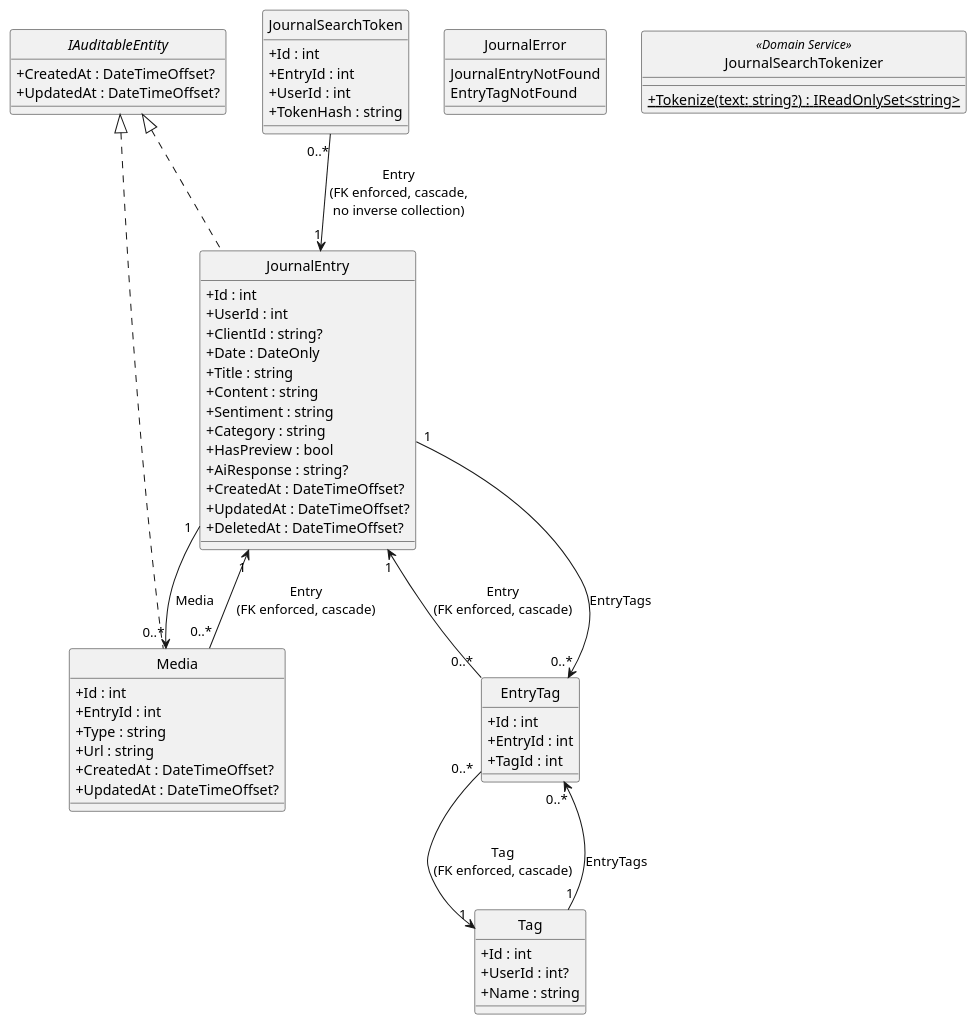
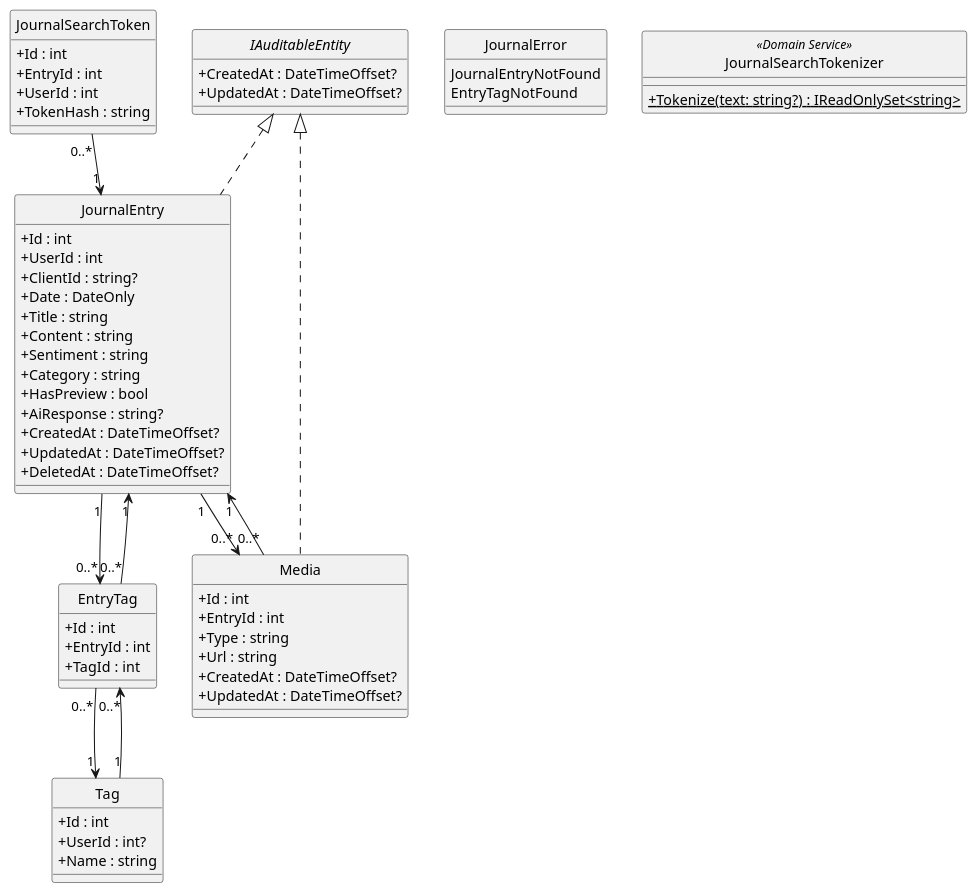
One commit to upc-pre-202620-1acc0238-4950-CogniTech/mindflow-report changed the diagram in assets/diagrams/bounded-context-journal-class.puml. Above: the diagram before and after it, drawn with PlantUML. The commit also changed 16 other files, not shown here.

```diff
--- a/assets/diagrams/bounded-context-journal-class.puml
+++ b/assets/diagrams/bounded-context-journal-class.puml
@@ -1,74 +1,74 @@
 @startuml Journal_DomainLayer_ClassDiagram
 skinparam classAttributeIconSize 0
 hide circle
 
 interface IAuditableEntity {
   +CreatedAt : DateTimeOffset?
   +UpdatedAt : DateTimeOffset?
 }
 
 class JournalEntry {
   +Id : int
   +UserId : int
   +ClientId : string?
   +Date : DateOnly
   +Title : string
   +Content : string
   +Sentiment : string
   +Category : string
   +HasPreview : bool
   +AiResponse : string?
   +CreatedAt : DateTimeOffset?
   +UpdatedAt : DateTimeOffset?
   +DeletedAt : DateTimeOffset?
 }
 
 class Tag {
   +Id : int
   +UserId : int?
   +Name : string
 }
 
 class EntryTag {
   +Id : int
   +EntryId : int
   +TagId : int
 }
 
 class Media {
   +Id : int
   +EntryId : int
   +Type : string
   +Url : string
   +CreatedAt : DateTimeOffset?
   +UpdatedAt : DateTimeOffset?
 }
 
 class JournalSearchToken {
   +Id : int
   +EntryId : int
   +UserId : int
   +TokenHash : string
 }
 
 enum JournalError {
   JournalEntryNotFound
   EntryTagNotFound
 }
 
 class JournalSearchTokenizer <<Domain Service>> {
   +{static} Tokenize(text: string?) : IReadOnlySet<string>
 }
 
 JournalEntry .up.|> IAuditableEntity
 Media .up.|> IAuditableEntity
 
-JournalEntry "1" --> "0..*" EntryTag : EntryTags
-Tag "1" --> "0..*" EntryTag : EntryTags
-EntryTag "0..*" --> "1" JournalEntry : Entry\n(FK enforced, cascade)
-EntryTag "0..*" --> "1" Tag : Tag\n(FK enforced, cascade)
-JournalEntry "1" --> "0..*" Media : Media
-Media "0..*" --> "1" JournalEntry : Entry\n(FK enforced, cascade)
-JournalSearchToken "0..*" --> "1" JournalEntry : Entry\n(FK enforced, cascade,\nno inverse collection)
+JournalEntry "1" --> "0..*" EntryTag
+Tag "1" --> "0..*" EntryTag
+EntryTag "0..*" --> "1" JournalEntry
+EntryTag "0..*" --> "1" Tag
+JournalEntry "1" --> "0..*" Media
+Media "0..*" --> "1" JournalEntry
+JournalSearchToken "0..*" --> "1" JournalEntry
 
 @enduml
```
